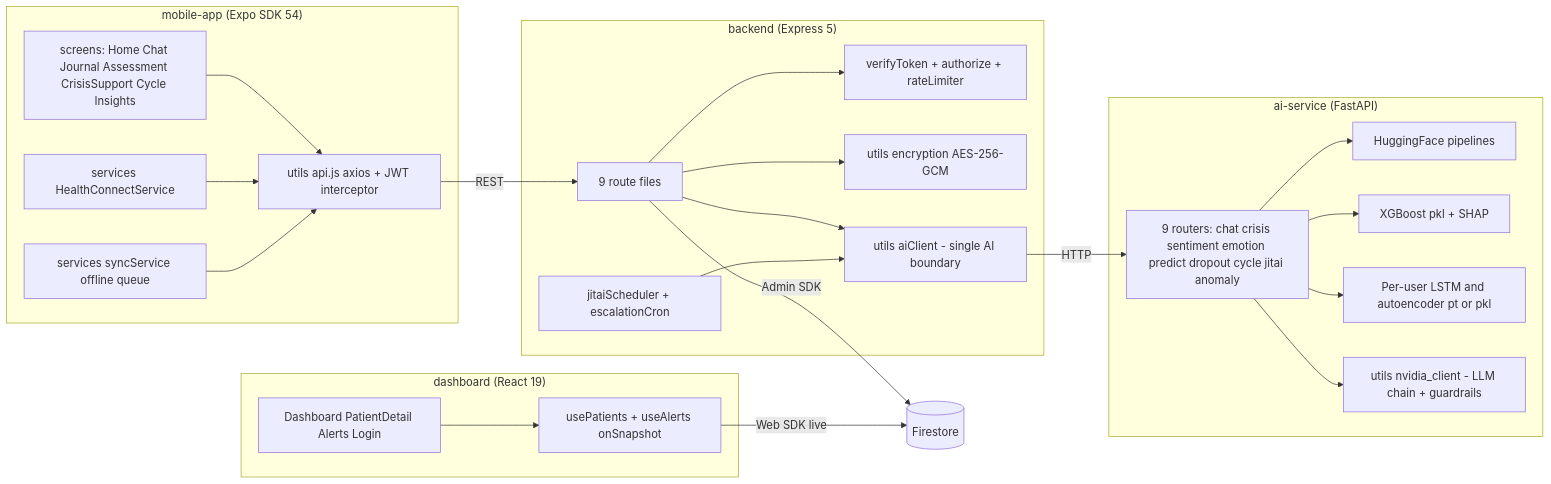
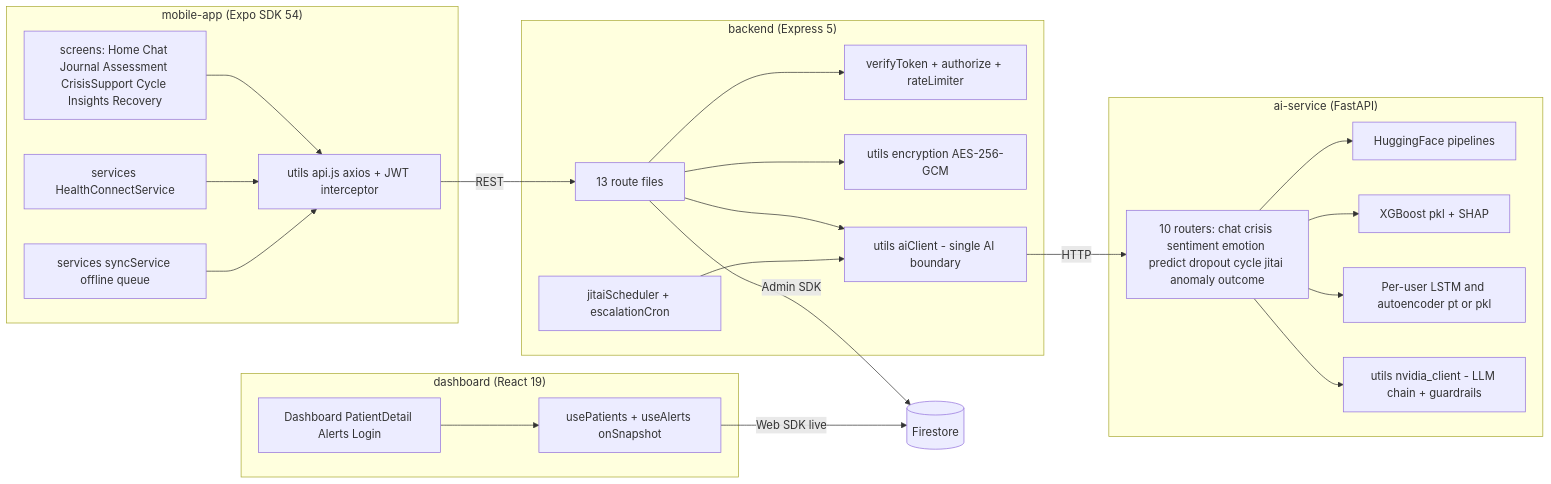
The second of 13 diagrams in README.md (KARTHIKAKRISHNA123/niranthara-ai-powered-mental-health-continuity), drawn with Mermaid before and after one commit. The commit also changed other lines of this file and 59 other files, not shown here.

Commit message:
feat: Improved Architecture

````diff
--- a/README.md
+++ b/README.md
@@ -121,28 +123,28 @@
 ```mermaid
 flowchart LR
   subgraph MobileApp["mobile-app (Expo SDK 54)"]
-    Screens[screens: Home Chat Journal Assessment CrisisSupport Cycle Insights] --> Api[utils api.js axios + JWT interceptor]
+    Screens[screens: Home Chat Journal Assessment CrisisSupport Cycle Insights Recovery] --> Api[utils api.js axios + JWT interceptor]
     HCsvc[services HealthConnectService] --> Api
     Sync[services syncService offline queue] --> Api
   end
   subgraph Backend["backend (Express 5)"]
-    Routes[9 route files] --> MW[verifyToken + authorize + rateLimiter]
+    Routes[13 route files] --> MW[verifyToken + authorize + rateLimiter]
     Routes --> Enc[utils encryption AES-256-GCM]
     Routes --> AIC[utils aiClient - single AI boundary]
     Sched[jitaiScheduler + escalationCron] --> AIC
   end
   subgraph AIService["ai-service (FastAPI)"]
-    Routers[9 routers: chat crisis sentiment emotion predict dropout cycle jitai anomaly]
+    Routers[10 routers: chat crisis sentiment emotion predict dropout cycle jitai anomaly outcome]
     Routers --> HF[HuggingFace pipelines]
     Routers --> XGB[XGBoost pkl + SHAP]
     Routers --> Torch[Per-user LSTM and autoencoder pt or pkl]
     Routers --> NVC[utils nvidia_client - LLM chain + guardrails]
   end
   subgraph DashboardApp["dashboard (React 19)"]
     Pages[Dashboard PatientDetail Alerts Login] --> Hooks[usePatients + useAlerts onSnapshot]
   end
   Api -->|"REST"| Routes
   AIC -->|"HTTP"| Routers
   Routes -->|"Admin SDK"| DB[(Firestore)]
   Hooks -->|"Web SDK live"| DB
 ```
````
